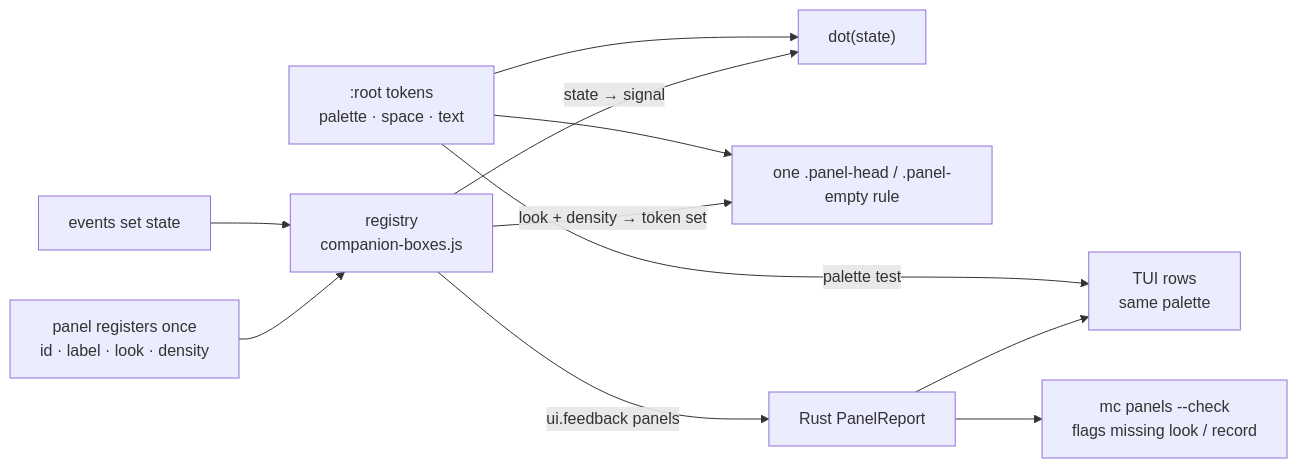
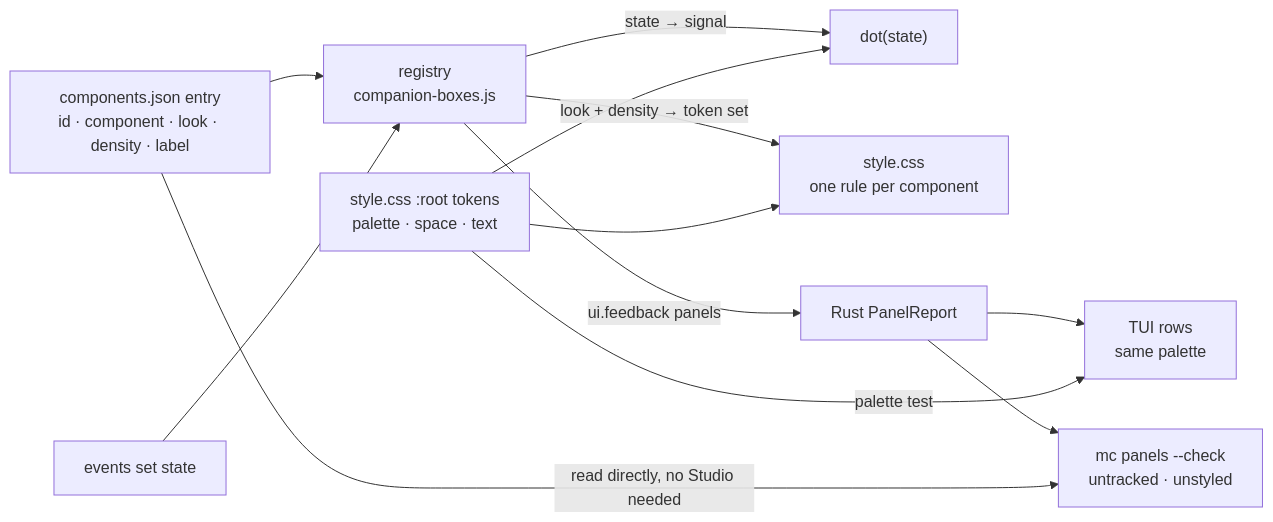
The diagram in docs/superpowers/plans/2026-10-23-unified-panel-reporting.md (ontariodungeons/animation-craft), drawn with Mermaid before and after one commit. The commit also changed other lines of this file, not shown here.

````diff
--- a/docs/superpowers/plans/2026-10-23-unified-panel-reporting.md
+++ b/docs/superpowers/plans/2026-10-23-unified-panel-reporting.md
@@ -26,13 +26,14 @@
 ```mermaid
 flowchart LR
-  P["panel registers once<br/>id · label · look · density"] --> R["registry<br/>companion-boxes.js"]
+  P["components.json entry<br/>id · component · look · density · label"] --> R["registry<br/>companion-boxes.js"]
   E["events set state"] --> R
   R -->|"state → signal"| D["dot(state)"]
-  R -->|"look + density → token set"| C["one .panel-head / .panel-empty rule"]
+  R -->|"look + density → token set"| C["style.css<br/>one rule per component"]
   R -->|"ui.feedback panels"| T["Rust PanelReport"]
   T --> TUI["TUI rows<br/>same palette"]
-  T --> CLI["mc panels --check<br/>flags missing look / record"]
-  TOK[":root tokens<br/>palette · space · text"] --> D
+  T --> CLI["mc panels --check<br/>untracked · unstyled"]
+  P -->|"read directly, no Studio needed"| CLI
+  TOK["style.css :root tokens<br/>palette · space · text"] --> D
   TOK --> C
   TOK -->|"palette test"| TUI
 ```
````
